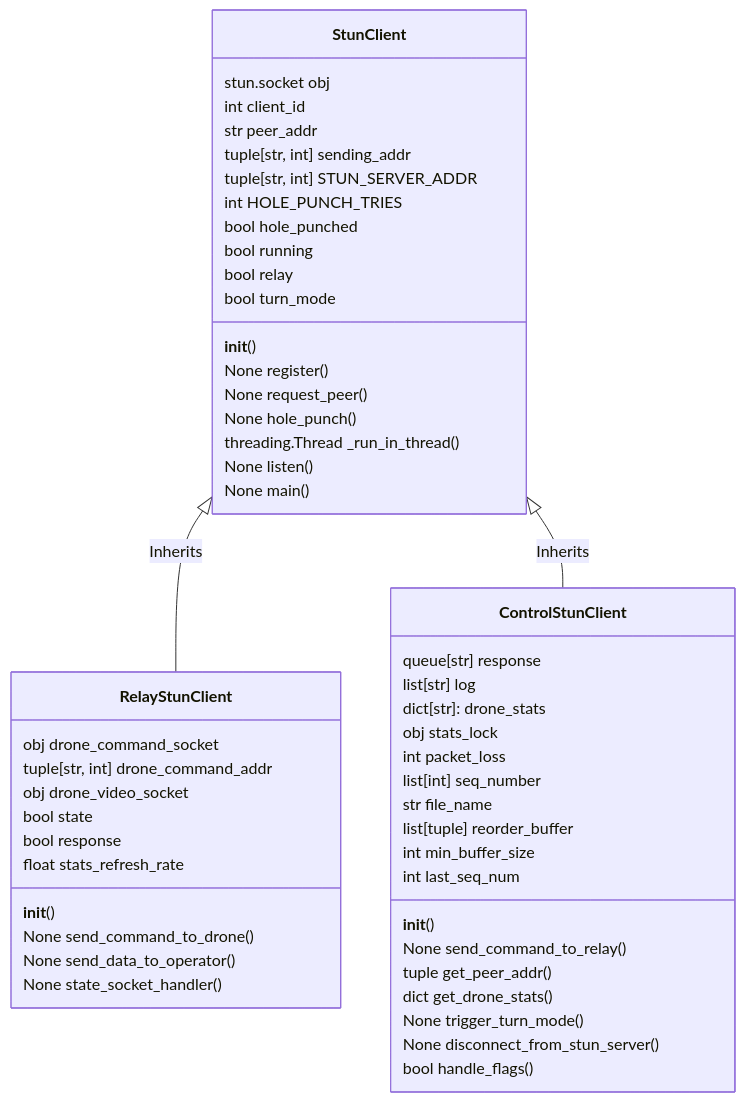
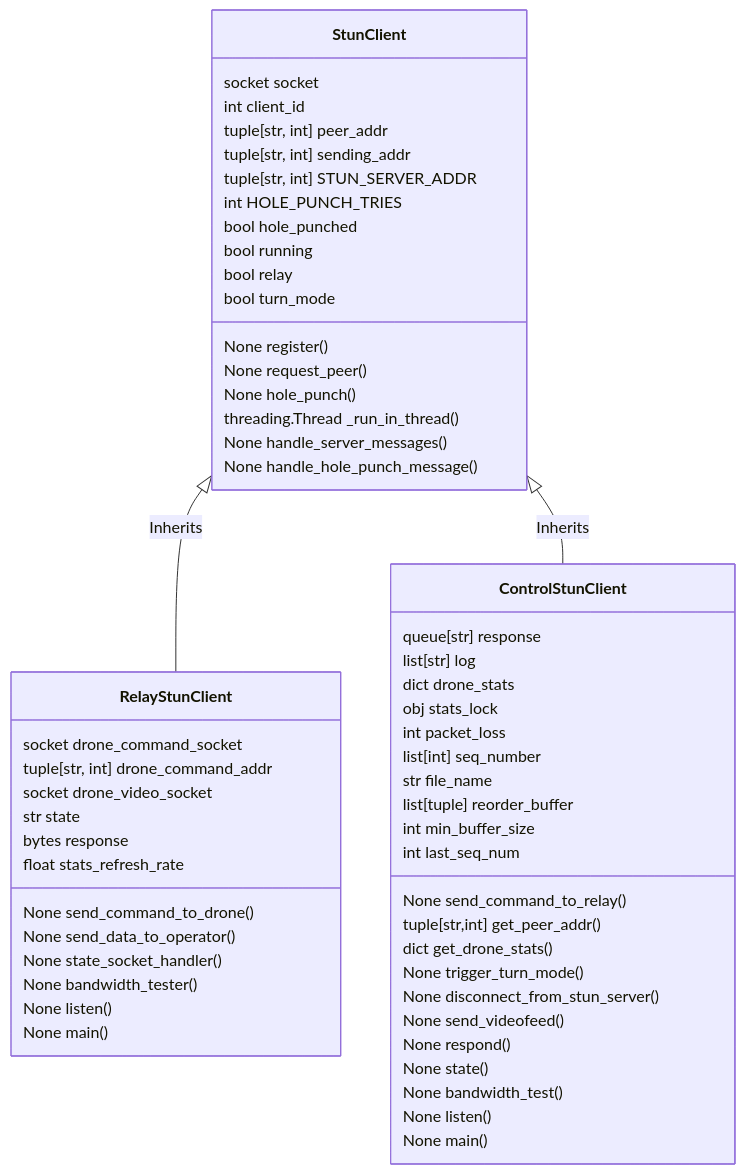
One commit to kingoz9000/Drone changed the diagram in diagrams/stun.md. Above: the diagram before and after it, drawn with Mermaid. The commit also changed 5 other files, not shown here.

Commit message:
fuck class diagram

````diff
--- a/diagrams/stun.md
+++ b/diagrams/stun.md
@@ -1,58 +1,67 @@
 ```mermaid
+
 classDiagram
 StunClient <|-- RelayStunClient : Inherits
 StunClient <|-- ControlStunClient : Inherits
 
-class StunClient {
-    stun.socket obj
-    int client_id
-    str peer_addr
-    tuple[str, int] sending_addr
-    tuple[str, int] STUN_SERVER_ADDR
-    int HOLE_PUNCH_TRIES
-    bool hole_punched
-    bool running
-    bool relay
-    bool turn_mode
-    __init__()
-    None register()
-    None request_peer()
-    None hole_punch()
-    threading.Thread _run_in_thread()
-    None listen()
-    None main()
-}
 
-class RelayStunClient{
-    obj drone_command_socket
-    tuple[str, int] drone_command_addr
-    obj drone_video_socket
-    bool state
-    bool response
-    float stats_refresh_rate
-    __init__()
-    None send_command_to_drone()
-    None send_data_to_operator()
-    None state_socket_handler()
-}
 
-class ControlStunClient{
-    queue[str] response
-    list[str] log
-    dict[str]: drone_stats
-    obj stats_lock
-    int packet_loss
-    list[int] seq_number
-    str file_name
-    list[tuple] reorder_buffer
-    int min_buffer_size
-    int last_seq_num
-    __init__()
-    None send_command_to_relay()
-    tuple get_peer_addr()
-    dict get_drone_stats()
-    None trigger_turn_mode()
-    None disconnect_from_stun_server()
-    bool handle_flags()
-}
+    class StunClient {
+        socket socket
+        int client_id
+        tuple[str, int] peer_addr
+        tuple[str, int] sending_addr
+        tuple[str, int] STUN_SERVER_ADDR
+        int HOLE_PUNCH_TRIES
+        bool hole_punched
+        bool running
+        bool relay
+        bool turn_mode
+        None register()
+        None request_peer()
+        None hole_punch()
+        threading.Thread _run_in_thread()
+        None handle_server_messages()
+        None handle_hole_punch_message()
+    }
+
+    class RelayStunClient{
+        socket drone_command_socket
+        tuple[str, int] drone_command_addr
+        socket drone_video_socket
+        str state
+        bytes response
+        float stats_refresh_rate
+        None send_command_to_drone()
+        None send_data_to_operator()
+        None state_socket_handler()
+        None bandwidth_tester()
+        None listen()
+        None main()
+    }
+
+    class ControlStunClient{
+        queue[str] response
+        list[str] log
+        dict drone_stats
+        obj stats_lock
+        int packet_loss
+        list[int] seq_number
+        str file_name
+        list[tuple] reorder_buffer
+        int min_buffer_size
+        int last_seq_num
+        None send_command_to_relay()
+        tuple[str,int] get_peer_addr()
+        dict get_drone_stats()
+        None trigger_turn_mode()
+        None disconnect_from_stun_server()
+        None send_videofeed()
+        None respond()
+        None state()
+        None bandwidth_test()
+        None listen()
+        None main()
+    }
+
 ```
````
